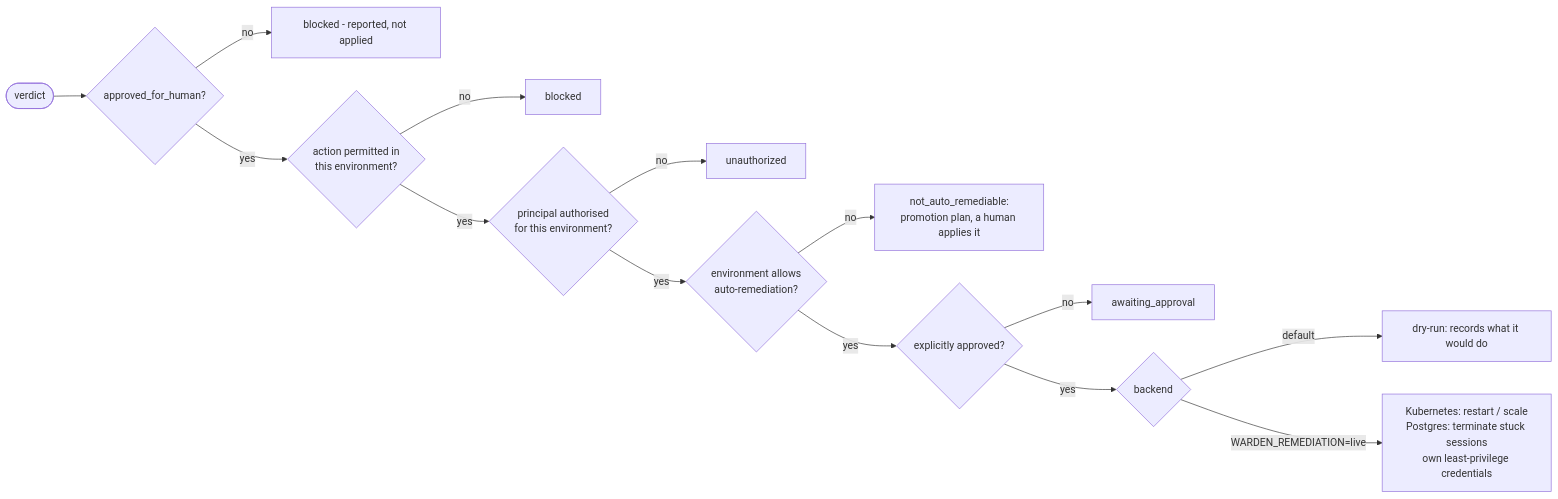
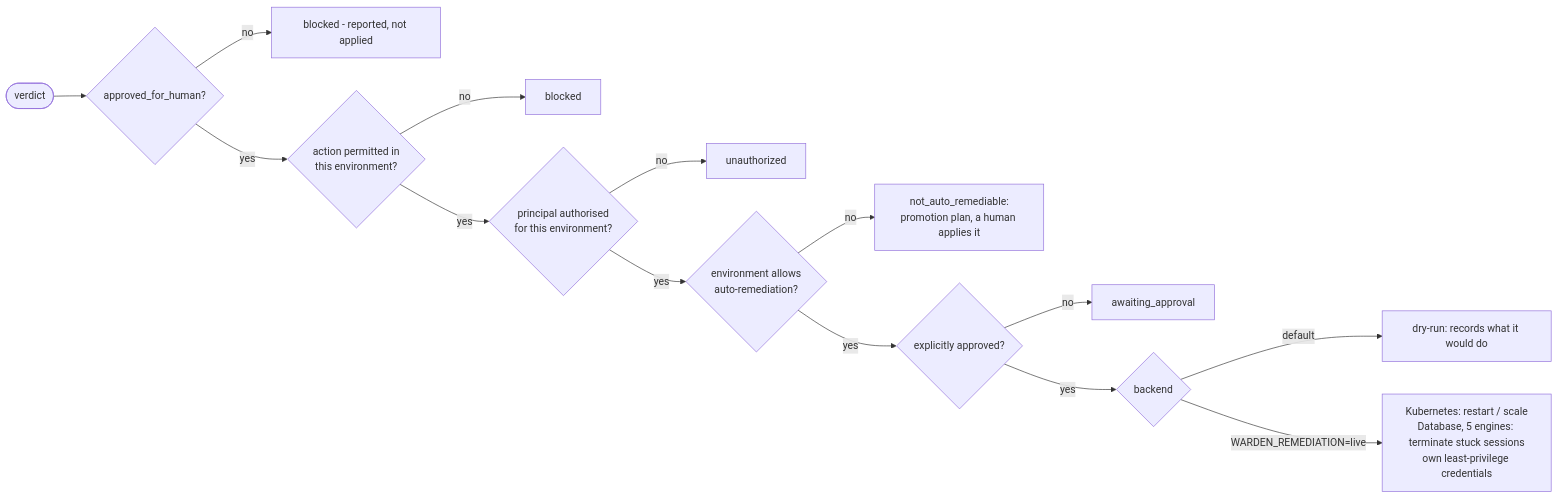
The fifth of 10 diagrams in README.md (veerarakesh56/warden), drawn with Mermaid before and after one commit. The commit also changed other lines of this file and 6 other files, not shown here.

````diff
--- a/README.md
+++ b/README.md
@@ -543,16 +640,16 @@
 ```mermaid
 flowchart LR
     V([verdict]) --> Q1{approved_for_human?}
     Q1 -->|no| N1[blocked - reported, not applied]
     Q1 -->|yes| Q2{action permitted in<br/>this environment?}
     Q2 -->|no| N2[blocked]
     Q2 -->|yes| Q3{principal authorised<br/>for this environment?}
     Q3 -->|no| N3[unauthorized]
     Q3 -->|yes| Q4{environment allows<br/>auto-remediation?}
     Q4 -->|no| N4[not_auto_remediable:<br/>promotion plan, a human applies it]
     Q4 -->|yes| Q5{explicitly approved?}
     Q5 -->|no| N5[awaiting_approval]
     Q5 -->|yes| B{backend}
     B -->|default| DR[dry-run: records what it would do]
-    B -->|WARDEN_REMEDIATION=live| LV[Kubernetes: restart / scale<br/>Postgres: terminate stuck sessions<br/>own least-privilege credentials]
+    B -->|WARDEN_REMEDIATION=live| LV[Kubernetes: restart / scale<br/>Database, 5 engines: terminate stuck sessions<br/>own least-privilege credentials]
 ```
````
